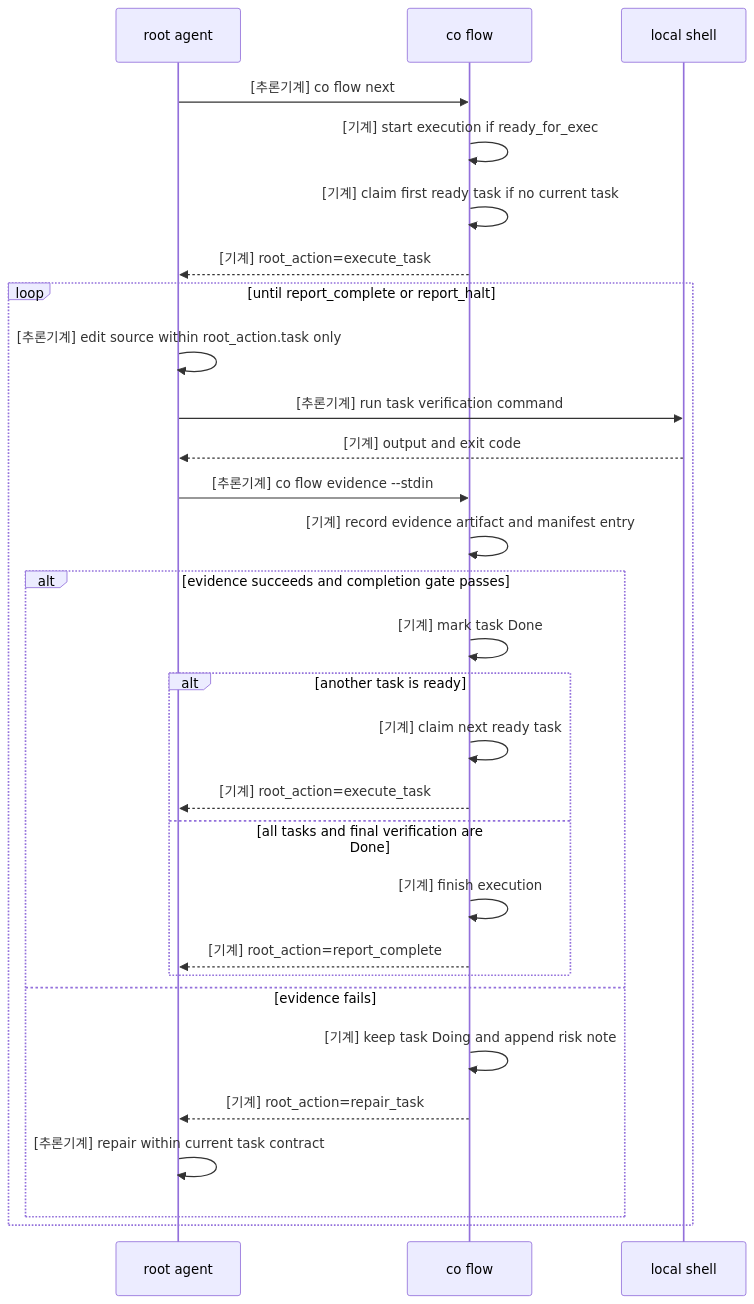
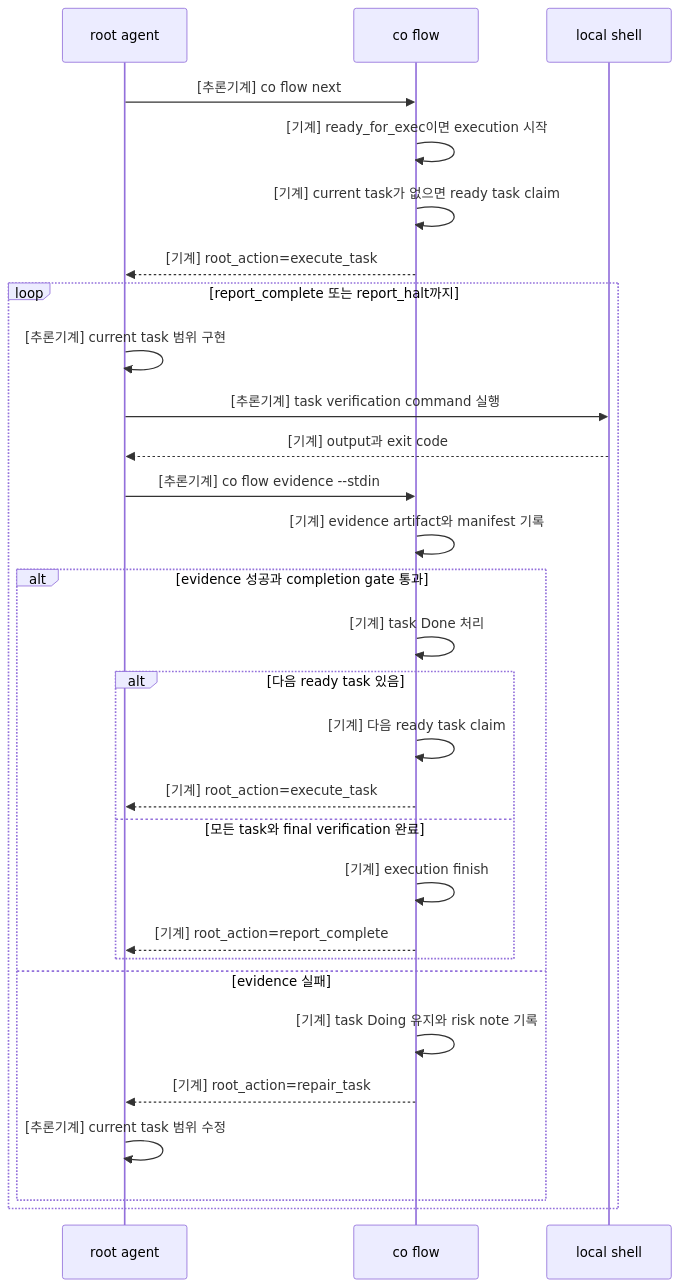
One commit to mym0404/coflow changed the first of 2 diagrams in COEXEC.md. Above: the diagram before and after it, drawn with Mermaid. The commit also changed other lines of this file and 7 other files, not shown here.

Commit message:
fix: tighten co flow root contract

````diff
--- a/COEXEC.md
+++ b/COEXEC.md
@@ -8,33 +8,33 @@
 ```mermaid
 sequenceDiagram
   participant Root as root agent
   participant Co as co flow
   participant Shell as local shell
 
   Root->>Co: [추론기계] co flow next
-  Co->>Co: [기계] start execution if ready_for_exec
-  Co->>Co: [기계] claim first ready task if no current task
+  Co->>Co: [기계] ready_for_exec이면 execution 시작
+  Co->>Co: [기계] current task가 없으면 ready task claim
   Co-->>Root: [기계] root_action=execute_task
 
-  loop until report_complete or report_halt
-    Root->>Root: [추론기계] edit source within root_action.task only
-    Root->>Shell: [추론기계] run task verification command
-    Shell-->>Root: [기계] output and exit code
+  loop report_complete 또는 report_halt까지
+    Root->>Root: [추론기계] current task 범위 구현
+    Root->>Shell: [추론기계] task verification command 실행
+    Shell-->>Root: [기계] output과 exit code
     Root->>Co: [추론기계] co flow evidence --stdin
-    Co->>Co: [기계] record evidence artifact and manifest entry
-    alt evidence succeeds and completion gate passes
-      Co->>Co: [기계] mark task Done
-      alt another task is ready
-        Co->>Co: [기계] claim next ready task
+    Co->>Co: [기계] evidence artifact와 manifest 기록
+    alt evidence 성공과 completion gate 통과
+      Co->>Co: [기계] task Done 처리
+      alt 다음 ready task 있음
+        Co->>Co: [기계] 다음 ready task claim
         Co-->>Root: [기계] root_action=execute_task
-      else all tasks and final verification are Done
-        Co->>Co: [기계] finish execution
+      else 모든 task와 final verification 완료
+        Co->>Co: [기계] execution finish
         Co-->>Root: [기계] root_action=report_complete
       end
-    else evidence fails
-      Co->>Co: [기계] keep task Doing and append risk note
+    else evidence 실패
+      Co->>Co: [기계] task Doing 유지와 risk note 기록
       Co-->>Root: [기계] root_action=repair_task
-      Root->>Root: [추론기계] repair within current task contract
+      Root->>Root: [추론기계] current task 범위 수정
     end
   end
 ```
````
